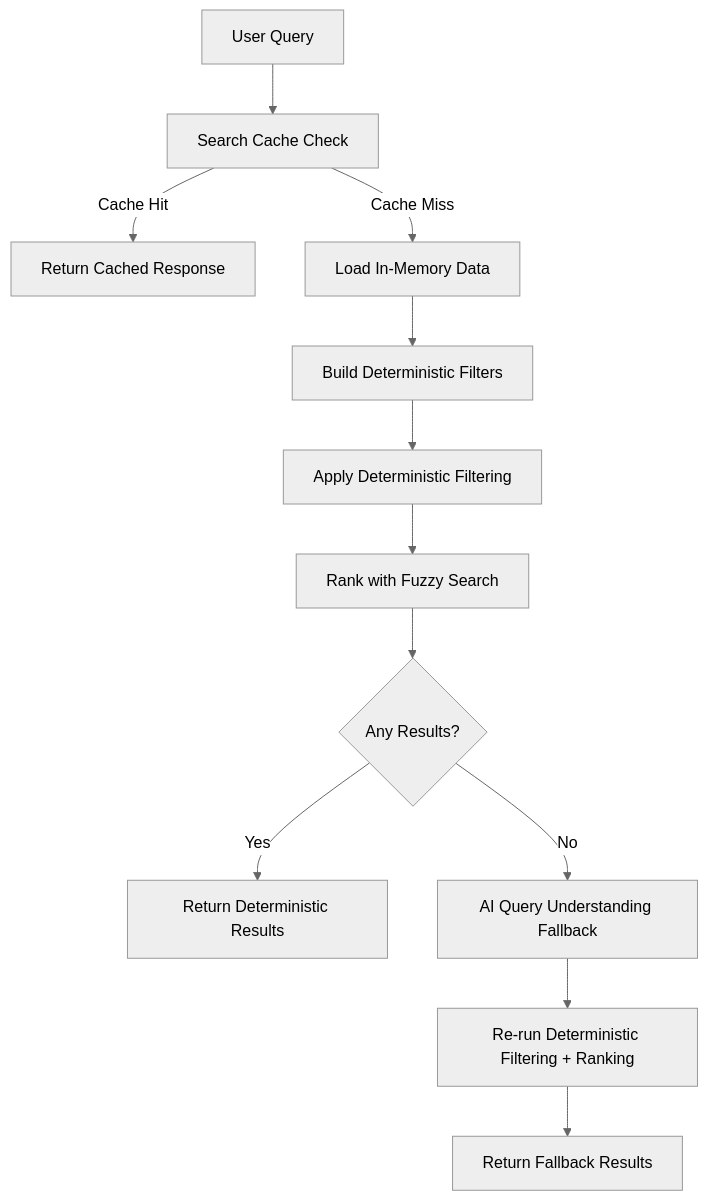
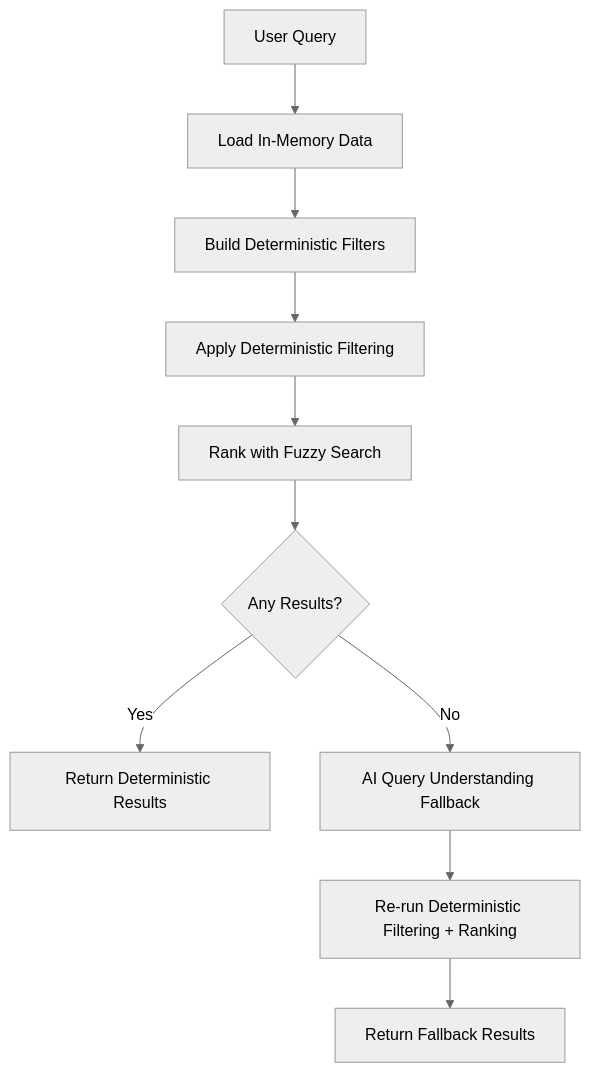
Before and after one commit to valtterisa/haalarikone-fi: the diagram in README.md, drawn with Mermaid (neutral theme). The commit also changed other lines of this file and 10 other files, not shown here.

````diff
--- a/README.md
+++ b/README.md
@@ -96,14 +95,12 @@
 ```mermaid
 flowchart TD
-    A[User Query] --> B[Search Cache Check]
-    B -->|Cache Hit| Z[Return Cached Response]
-    B -->|Cache Miss| C[Load In-Memory Data]
-    C --> D[Build Deterministic Filters]
-    D --> E[Apply Deterministic Filtering]
-    E --> F[Rank with Fuzzy Search]
-    F --> G{Any Results?}
-    G -->|Yes| H[Return Deterministic Results]
-    G -->|No| I[AI Query Understanding Fallback]
-    I --> J[Re-run Deterministic Filtering + Ranking]
-    J --> K[Return Fallback Results]
+    A[User Query] --> B[Load In-Memory Data]
+    B --> C[Build Deterministic Filters]
+    C --> D[Apply Deterministic Filtering]
+    D --> E[Rank with Fuzzy Search]
+    E --> F{Any Results?}
+    F -->|Yes| G[Return Deterministic Results]
+    F -->|No| H[AI Query Understanding Fallback]
+    H --> I[Re-run Deterministic Filtering + Ranking]
+    I --> J[Return Fallback Results]
 ```
````
